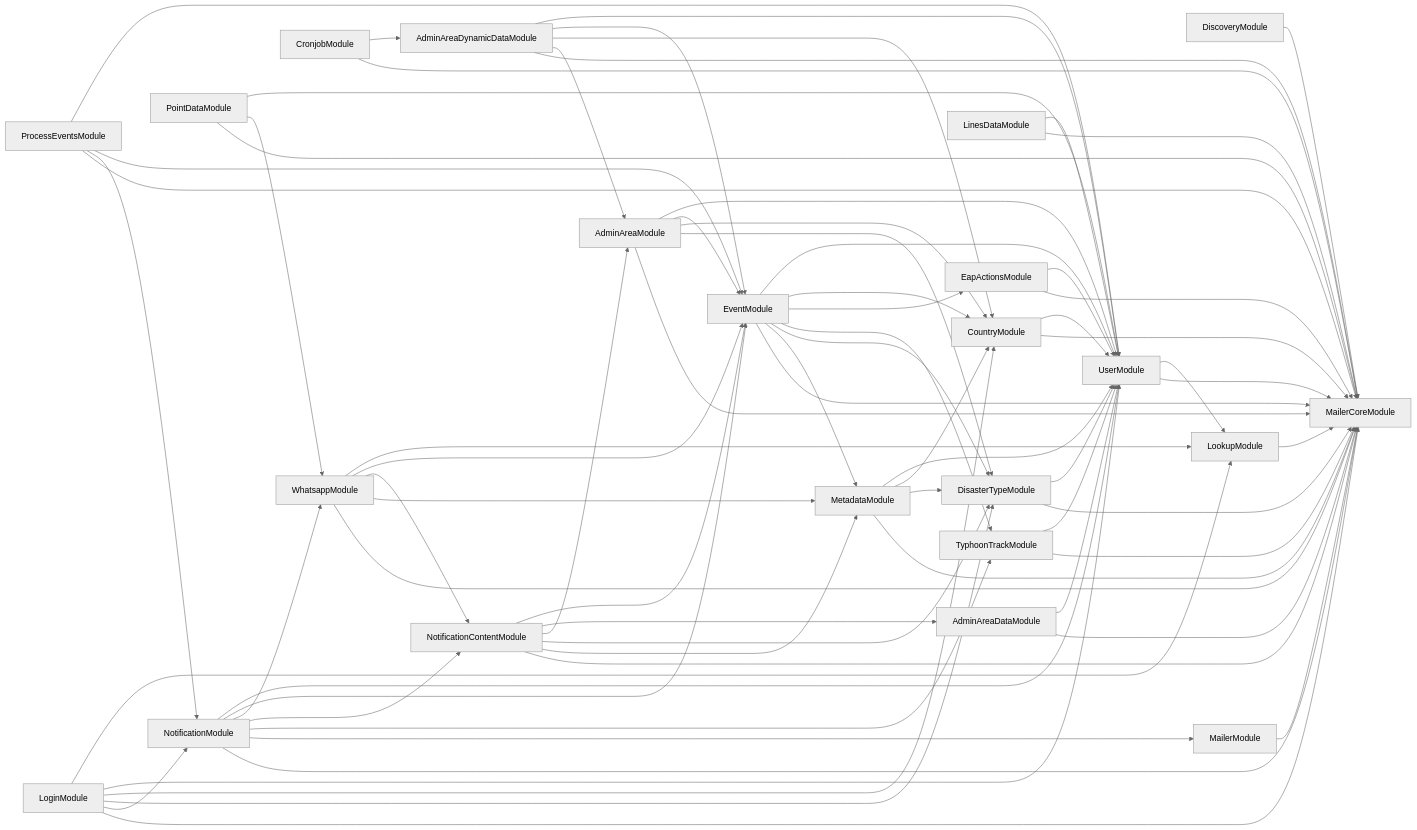
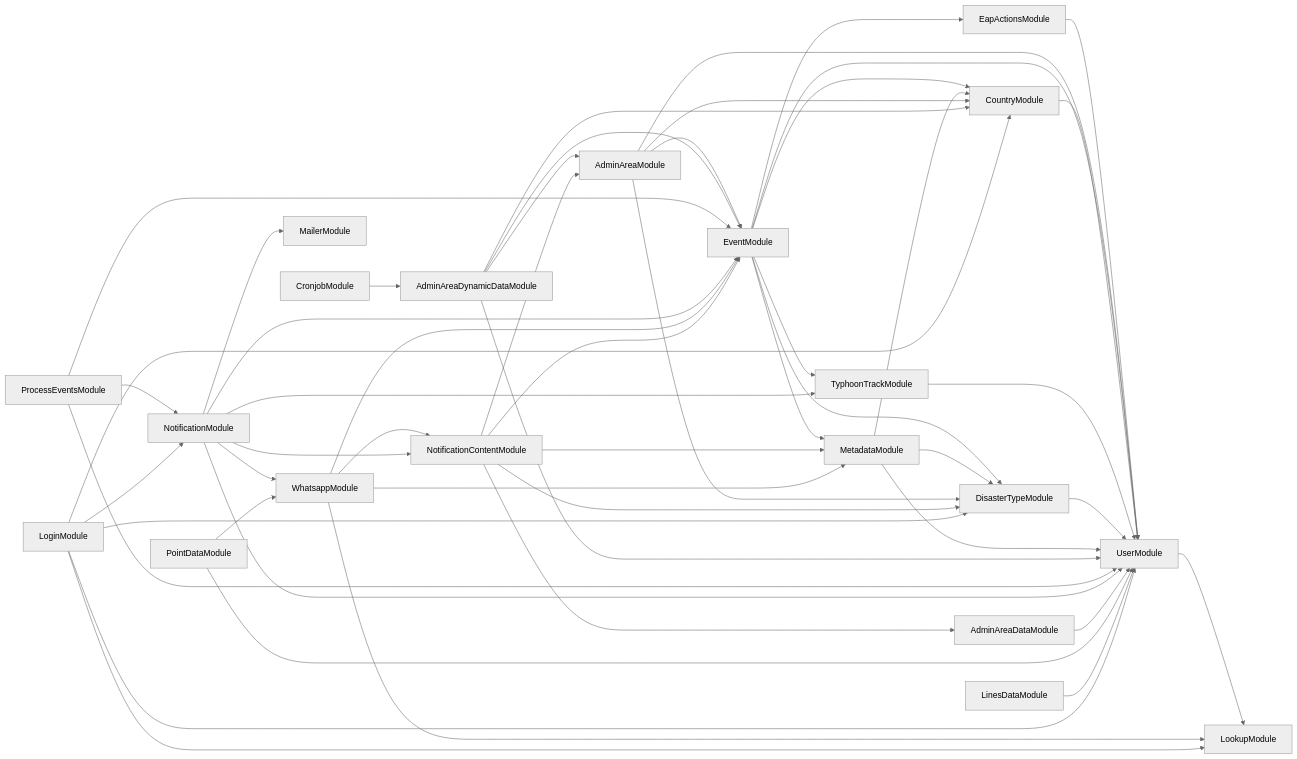
One commit to rodekruis/IBF-system changed the diagram in services/API-service/module-dependencies.md. Above: the diagram before and after it, drawn with Mermaid (neutral theme). The commit also changed 1 other file, not shown here.

Commit message:
docs: update module dependencies

````diff
--- a/services/API-service/module-dependencies.md
+++ b/services/API-service/module-dependencies.md
@@ -3,74 +3,53 @@
 ```mermaid
 graph LR
-  DiscoveryModule-->MailerCoreModule
   EapActionsModule-->UserModule
   UserModule-->LookupModule
-  LookupModule-->MailerCoreModule
-  UserModule-->MailerCoreModule
-  EapActionsModule-->MailerCoreModule
   AdminAreaModule-->UserModule
   AdminAreaModule-->EventModule
   EventModule-->UserModule
   EventModule-->CountryModule
   CountryModule-->UserModule
-  CountryModule-->MailerCoreModule
   EventModule-->EapActionsModule
   EventModule-->TyphoonTrackModule
   TyphoonTrackModule-->UserModule
-  TyphoonTrackModule-->MailerCoreModule
   EventModule-->DisasterTypeModule
   DisasterTypeModule-->UserModule
-  DisasterTypeModule-->MailerCoreModule
   EventModule-->MetadataModule
   MetadataModule-->UserModule
   MetadataModule-->CountryModule
   MetadataModule-->DisasterTypeModule
-  MetadataModule-->MailerCoreModule
-  EventModule-->MailerCoreModule
   AdminAreaModule-->CountryModule
   AdminAreaModule-->DisasterTypeModule
-  AdminAreaModule-->MailerCoreModule
   AdminAreaDynamicDataModule-->UserModule
   AdminAreaDynamicDataModule-->EventModule
   AdminAreaDynamicDataModule-->CountryModule
   AdminAreaDynamicDataModule-->AdminAreaModule
-  AdminAreaDynamicDataModule-->MailerCoreModule
   ProcessEventsModule-->UserModule
   ProcessEventsModule-->EventModule
   ProcessEventsModule-->NotificationModule
   NotificationModule-->UserModule
   NotificationModule-->EventModule
   NotificationModule-->WhatsappModule
   WhatsappModule-->LookupModule
   WhatsappModule-->EventModule
   WhatsappModule-->NotificationContentModule
   NotificationContentModule-->EventModule
   NotificationContentModule-->AdminAreaDataModule
   AdminAreaDataModule-->UserModule
-  AdminAreaDataModule-->MailerCoreModule
   NotificationContentModule-->AdminAreaModule
   NotificationContentModule-->DisasterTypeModule
   NotificationContentModule-->MetadataModule
-  NotificationContentModule-->MailerCoreModule
   WhatsappModule-->MetadataModule
-  WhatsappModule-->MailerCoreModule
   NotificationModule-->NotificationContentModule
   NotificationModule-->TyphoonTrackModule
   NotificationModule-->MailerModule
-  MailerModule-->MailerCoreModule
-  NotificationModule-->MailerCoreModule
-  ProcessEventsModule-->MailerCoreModule
   PointDataModule-->UserModule
   PointDataModule-->WhatsappModule
-  PointDataModule-->MailerCoreModule
   LinesDataModule-->UserModule
-  LinesDataModule-->MailerCoreModule
   CronjobModule-->AdminAreaDynamicDataModule
-  CronjobModule-->MailerCoreModule
   LoginModule-->LookupModule
   LoginModule-->UserModule
   LoginModule-->CountryModule
   LoginModule-->DisasterTypeModule
   LoginModule-->NotificationModule
-  LoginModule-->MailerCoreModule
 ```
````
